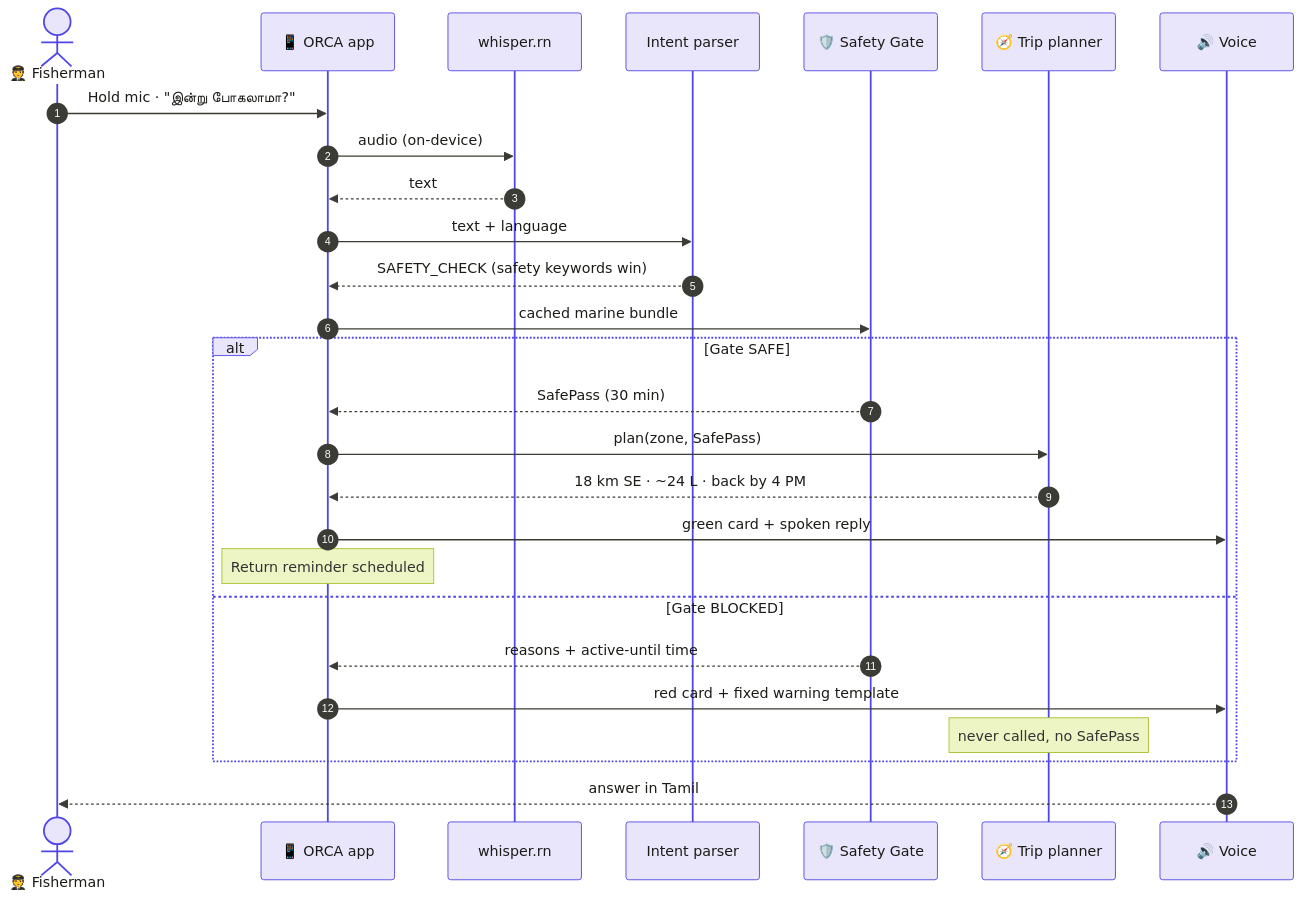
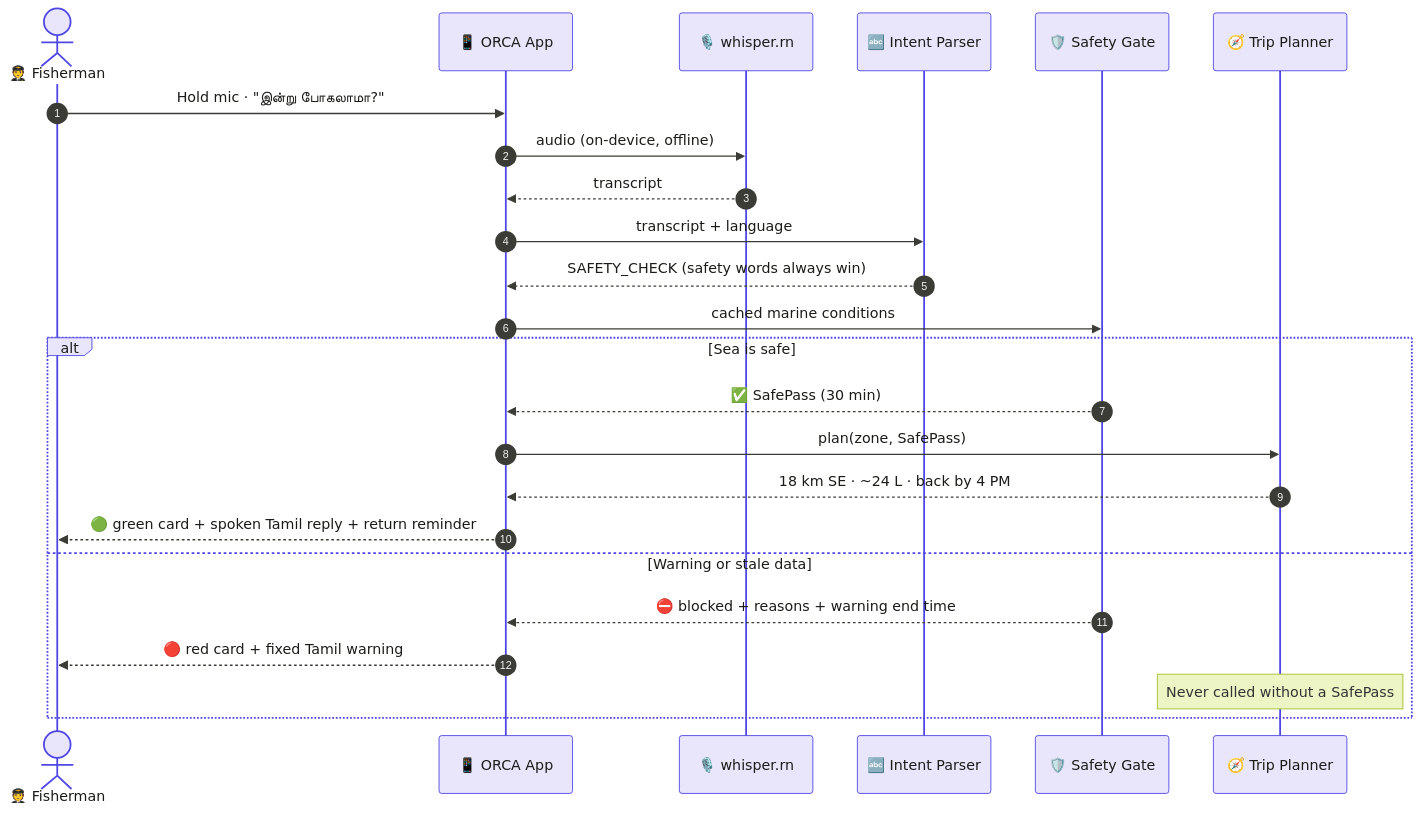
The third of 5 diagrams in README.md (TIRTHPATEL3086/ORCA), drawn with Mermaid before and after one commit. The commit also changed other lines of this file, not shown here.

````diff
--- a/README.md
+++ b/README.md
@@ -307,31 +176,28 @@
 ```mermaid
-%%{init: {'theme':'base','themeVariables':{'fontFamily':'Inter, Segoe UI, sans-serif','actorBkg':'#E9E5FB','actorBorder':'#4F46E5','actorTextColor':'#1B1C18','signalColor':'#3A3C35','signalTextColor':'#1B1C18','noteBkgColor':'#EEF5C4','noteBorderColor':'#A3C12B','activationBkgColor':'#FBE4E1','activationBorderColor':'#E0685A','sequenceNumberColor':'#ffffff'}}}%%
+%%{init: {'theme':'base','themeVariables':{'fontFamily':'Inter, Segoe UI, sans-serif','actorBkg':'#E9E5FB','actorBorder':'#4F46E5','actorTextColor':'#1B1C18','signalColor':'#3A3C35','signalTextColor':'#1B1C18','noteBkgColor':'#EEF5C4','noteBorderColor':'#A3C12B'}}}%%
 sequenceDiagram
     autonumber
     actor F as 🧑‍✈️ Fisherman
-    participant App as 📱 ORCA app
-    participant STT as whisper.rn
-    participant I as Intent parser
+    participant App as 📱 ORCA App
+    participant STT as 🎙️ whisper.rn
+    participant I as 🔤 Intent Parser
     participant G as 🛡️ Safety Gate
-    participant P as 🧭 Trip planner
-    participant V as 🔊 Voice
+    participant P as 🧭 Trip Planner
 
     F->>App: Hold mic · "இன்று போகலாமா?"
-    App->>STT: audio (on-device)
-    STT-->>App: text
-    App->>I: text + language
-    I-->>App: SAFETY_CHECK (safety keywords win)
-    App->>G: cached marine bundle
-    alt Gate SAFE
-        G-->>App: SafePass (30 min)
+    App->>STT: audio (on-device, offline)
+    STT-->>App: transcript
+    App->>I: transcript + language
+    I-->>App: SAFETY_CHECK (safety words always win)
+    App->>G: cached marine conditions
+    alt Sea is safe
+        G-->>App: ✅ SafePass (30 min)
         App->>P: plan(zone, SafePass)
         P-->>App: 18 km SE · ~24 L · back by 4 PM
-        App->>V: green card + spoken reply
-        Note over App: Return reminder scheduled
-    else Gate BLOCKED
-        G-->>App: reasons + active-until time
-        App->>V: red card + fixed warning template
-        Note over P: never called, no SafePass
+        App-->>F: 🟢 green card + spoken Tamil reply + return reminder
+    else Warning or stale data
+        G-->>App: ⛔ blocked + reasons + warning end time
+        App-->>F: 🔴 red card + fixed Tamil warning
+        Note over P: Never called without a SafePass
     end
-    V-->>F: answer in Tamil
 ```
````
